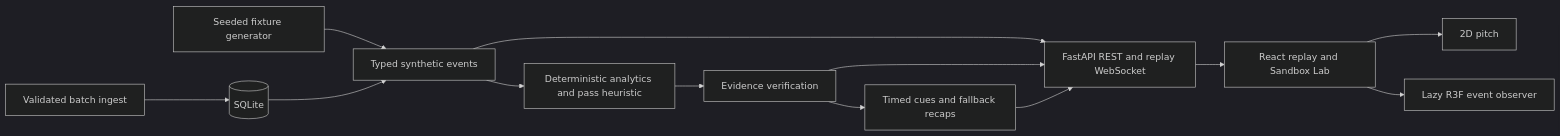
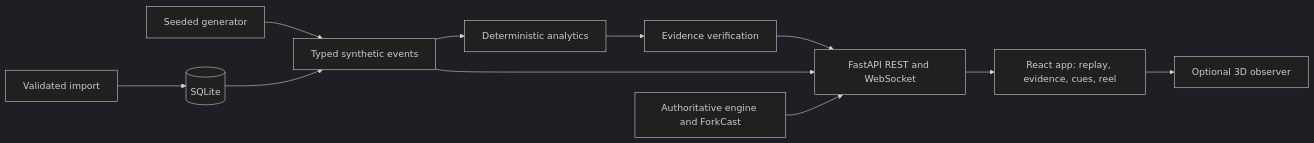
Before and after one commit to Microsoft-Game-Developer-Hackathon-2026/Pulse-Xi: the diagram in README.md, drawn with Mermaid (dark theme). The commit also changed other lines of this file and 14 other files, not shown here.

````diff
--- a/README.md
+++ b/README.md
@@ -216,15 +36,13 @@
 ```mermaid
 flowchart LR
-  S[Seeded fixture generator] --> E[Typed synthetic events]
-  I[Validated batch ingest] --> DB[(SQLite)]
+  S[Seeded generator] --> E[Typed synthetic events]
+  I[Validated import] --> DB[(SQLite)]
   DB --> E
-  E --> A[Deterministic analytics and pass heuristic]
+  E --> A[Deterministic analytics]
   A --> V[Evidence verification]
-  E --> API[FastAPI REST and replay WebSocket]
-  V --> API
-  V --> C[Timed cues and fallback recaps]
-  C --> API
-  API --> UI[React replay and Sandbox Lab]
-  UI --> D[2D pitch]
-  UI --> O[Lazy R3F event observer]
+  V --> API[FastAPI REST and WebSocket]
+  E --> API
+  API --> UI[React app: replay, evidence, cues, reel]
+  ENG[Authoritative engine and ForkCast] --> API
+  UI --> O[Optional 3D observer]
 ```
````
